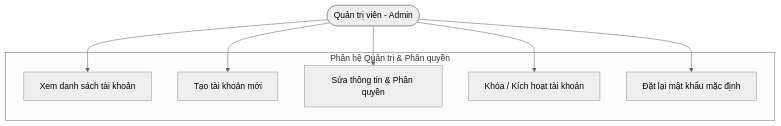
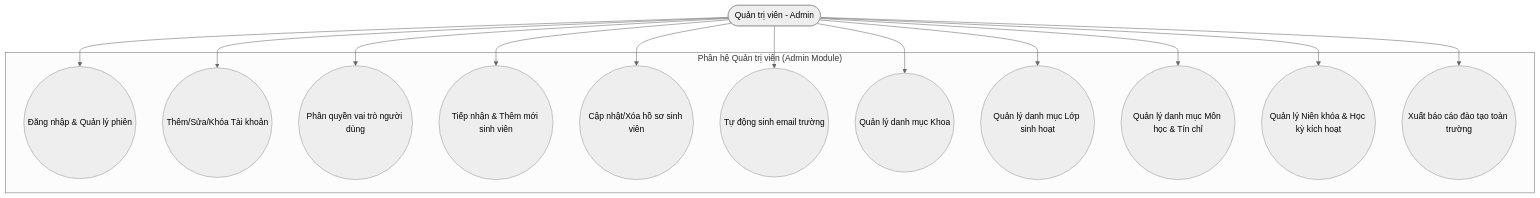
Before and after one commit to ngthanhs1/STUDENT_RESULT_ANALYTICS: the second of 16 diagrams in BAO_CAO_BAI_TAP_LON_STUDENT_RESULT_ANALYTICS.md, drawn with Mermaid (neutral theme). The commit also changed other lines of this file and 4 other files, not shown here.

````diff
--- a/BAO_CAO_BAI_TAP_LON_STUDENT_RESULT_ANALYTICS.md
+++ b/BAO_CAO_BAI_TAP_LON_STUDENT_RESULT_ANALYTICS.md
@@ -383,18 +360,30 @@
 ```mermaid
 flowchart TD
     Admin([Quản trị viên - Admin])
 
-    subgraph AdminModule ["Phân hệ Quản trị & Phân quyền"]
-        UC_AccList["Xem danh sách tài khoản"]
-        UC_AccAdd["Tạo tài khoản mới"]
-        UC_AccEdit["Sửa thông tin & Phân quyền"]
-        UC_AccLock["Khóa / Kích hoạt tài khoản"]
-        UC_AccReset["Đặt lại mật khẩu mặc định"]
+    subgraph AdminModule ["Phân hệ Quản trị viên (Admin Module)"]
+        UC01((Đăng nhập & Quản lý phiên))
+        UC10_1((Thêm/Sửa/Khóa Tài khoản))
+        UC10_2((Phân quyền vai trò người dùng))
+        UC03_1((Tiếp nhận & Thêm mới sinh viên))
+        UC03_2((Cập nhật/Xóa hồ sơ sinh viên))
+        UC03_3((Tự động sinh email trường))
+        UC04_1((Quản lý danh mục Khoa))
+        UC04_2((Quản lý danh mục Lớp sinh hoạt))
+        UC05_1((Quản lý danh mục Môn học & Tín chỉ))
+        UC05_2((Quản lý Niên khóa & Học kỳ kích hoạt))
+        UC09_1((Xuất báo cáo đào tạo toàn trường))
     end
 
-    Admin --> UC_AccList
-    Admin --> UC_AccAdd
-    Admin --> UC_AccEdit
-    Admin --> UC_AccLock
-    Admin --> UC_AccReset
+    Admin --> UC01
+    Admin --> UC10_1
+    Admin --> UC10_2
+    Admin --> UC03_1
+    Admin --> UC03_2
+    Admin --> UC03_3
+    Admin --> UC04_1
+    Admin --> UC04_2
+    Admin --> UC05_1
+    Admin --> UC05_2
+    Admin --> UC09_1
 ```
````
